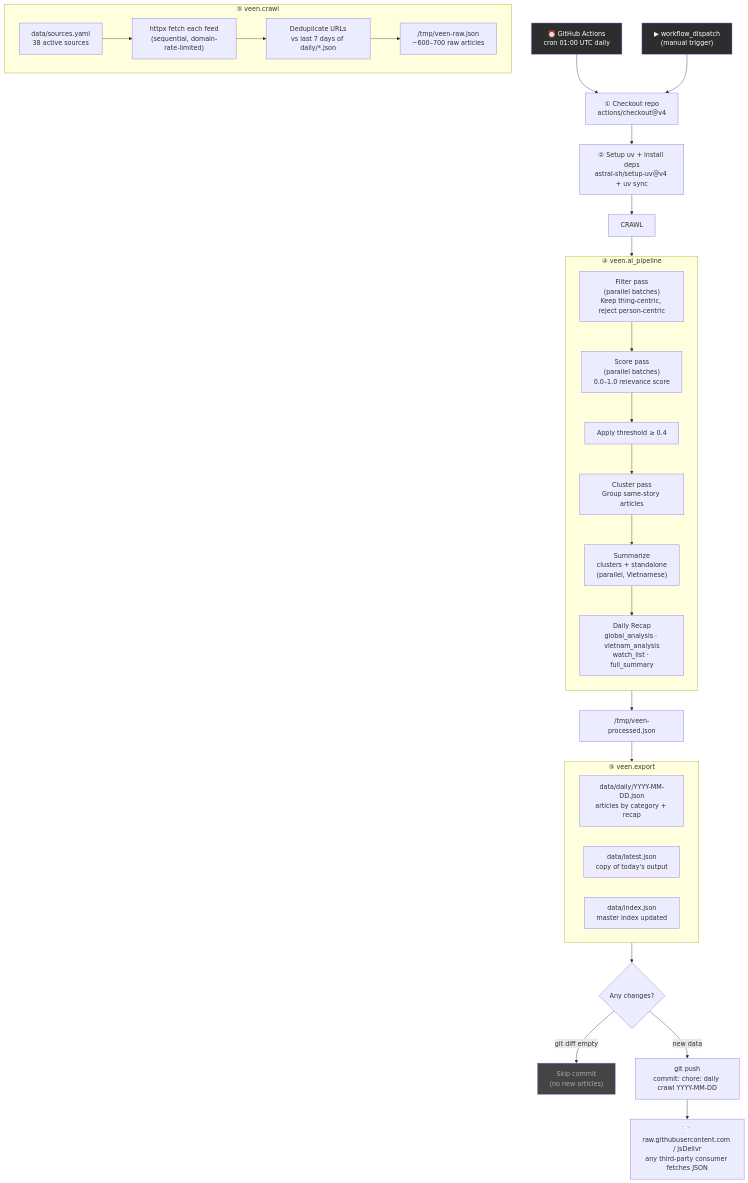
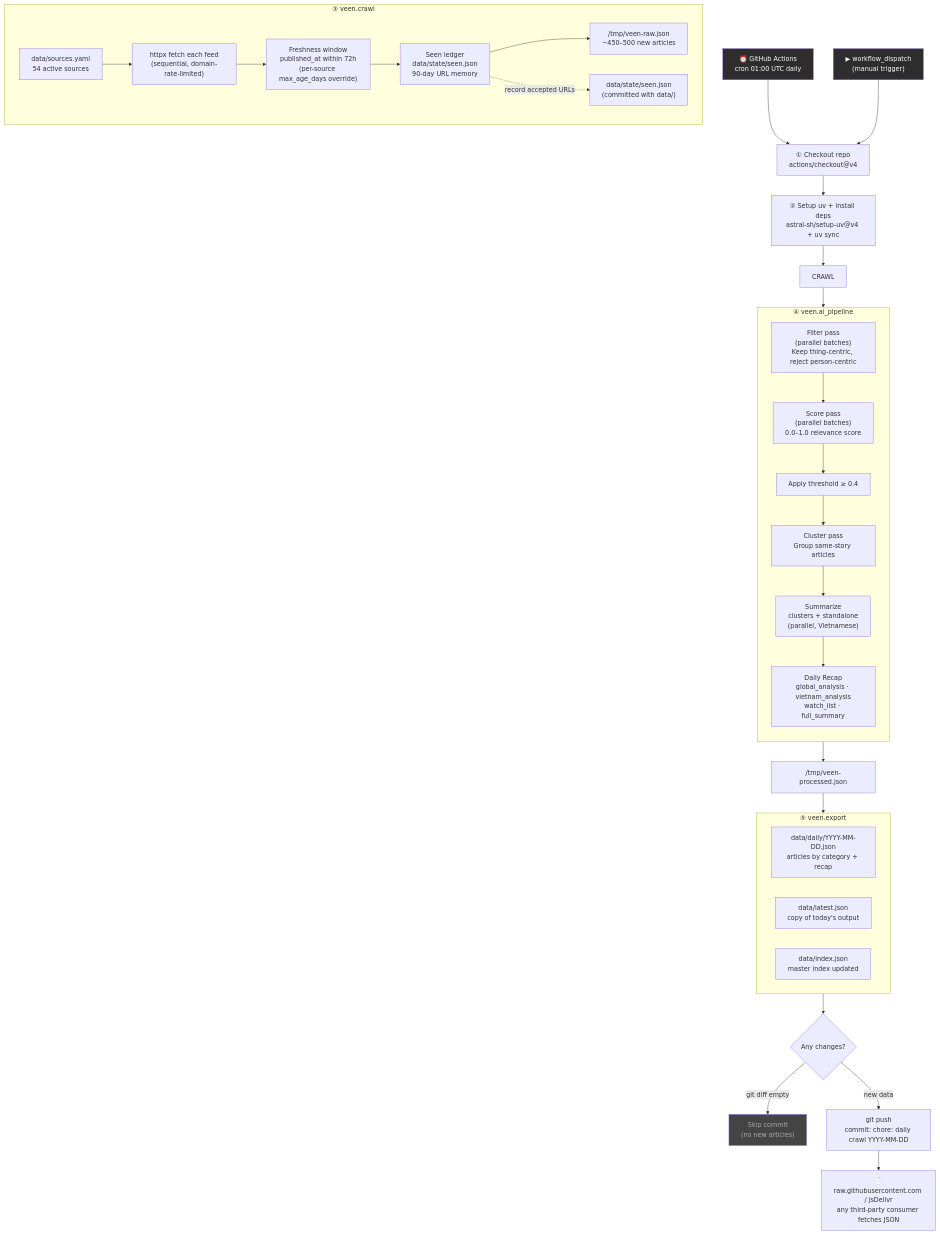
The first of 4 diagrams in docs/architecture/github-actions-workflow.md (quniv/veen-news), drawn with Mermaid before and after one commit. The commit also changed 14 other files, not shown here.

````diff
--- a/docs/architecture/github-actions-workflow.md
+++ b/docs/architecture/github-actions-workflow.md
@@ -5,48 +5,50 @@
 ```mermaid
 flowchart TD
     CRON["⏰ GitHub Actions\ncron 01:00 UTC daily"] --> CHECKOUT
     MANUAL["▶ workflow_dispatch\n(manual trigger)"] --> CHECKOUT
 
     CHECKOUT["① Checkout repo\nactions/checkout@v4"] --> UV
     UV["② Setup uv + install deps\nastral-sh/setup-uv@v4 + uv sync"] --> CRAWL
 
     subgraph CRAWL_STEP ["③ veen.crawl"]
-        SOURCES["data/sources.yaml\n38 active sources"] --> FETCH
-        FETCH["httpx fetch each feed\n(sequential, domain-rate-limited)"] --> DEDUP
-        DEDUP["Deduplicate URLs\nvs last 7 days of daily/*.json"] --> RAW
-        RAW["/tmp/veen-raw.json\n~600–700 raw articles"]
+        SOURCES["data/sources.yaml\n54 active sources"] --> FETCH
+        FETCH["httpx fetch each feed\n(sequential, domain-rate-limited)"] --> FRESH
+        FRESH["Freshness window\npublished_at within 72h\n(per-source max_age_days override)"] --> DEDUP
+        DEDUP["Seen ledger\ndata/state/seen.json\n90-day URL memory"] --> RAW
+        RAW["/tmp/veen-raw.json\n~450–500 new articles"]
+        DEDUP -.->|record accepted URLs| LEDGER["data/state/seen.json\n(committed with data/)"]
     end
 
     CRAWL --> AI_STEP
 
     subgraph AI_STEP ["④ veen.ai_pipeline"]
         direction TB
         FILTER["Filter pass\n(parallel batches)\nKeep thing-centric, reject person-centric"] --> SCORE
         SCORE["Score pass\n(parallel batches)\n0.0–1.0 relevance score"] --> THRESHOLD
         THRESHOLD["Apply threshold ≥ 0.4"] --> CLUSTER
         CLUSTER["Cluster pass\nGroup same-story articles"] --> SUMMARIZE
         SUMMARIZE["Summarize\nclusters + standalone\n(parallel, Vietnamese)"] --> RECAP
         RECAP["Daily Recap\nglobal_analysis · vietnam_analysis\nwatch_list · full_summary"]
     end
 
     AI_STEP --> PROCESSED
     PROCESSED["/tmp/veen-processed.json"] --> EXPORT_STEP
 
     subgraph EXPORT_STEP ["⑤ veen.export"]
         E1["data/daily/YYYY-MM-DD.json\narticles by category + recap"]
         E2["data/latest.json\ncopy of today's output"]
         E3["data/index.json\nmaster index updated"]
     end
 
     EXPORT_STEP --> COMMIT
 
     COMMIT{"Any changes?"}
     COMMIT -- "git diff empty" --> SKIP["Skip commit\n(no new articles)"]
     COMMIT -- "new data" --> PUSH["git push\ncommit: chore: daily crawl YYYY-MM-DD"]
 
     PUSH --> CONSUMERS["📄 raw.githubusercontent.com / jsDelivr\nany third-party consumer fetches JSON"]
 
     style CRON fill:#2d2d2d,color:#fff
     style MANUAL fill:#2d2d2d,color:#fff
     style SKIP fill:#444,color:#aaa
 ```
````
